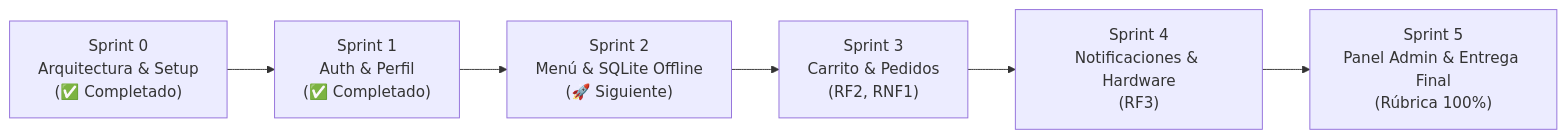
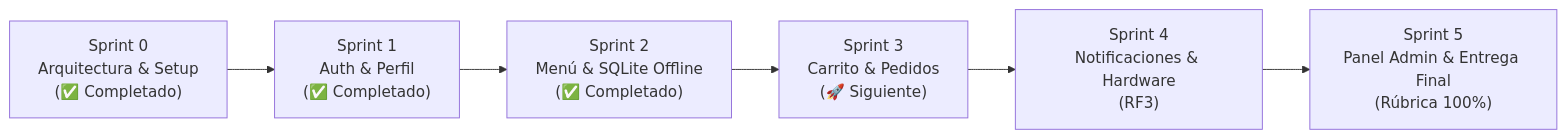
The second of 2 diagrams in PROYECTO_CAFETERIA_ESCOM.md (Apixel29/cafeteria_escom), drawn with Mermaid before and after one commit. The commit also changed other lines of this file and 16 other files, not shown here.

Commit message:
feat(menu): implementar catalogo digital offline en SQLite y Firestore (Sprint 2 - RF2)

````diff
--- a/PROYECTO_CAFETERIA_ESCOM.md
+++ b/PROYECTO_CAFETERIA_ESCOM.md
@@ -182,8 +176,8 @@
 ```mermaid
 flowchart LR
     S0["Sprint 0<br>Arquitectura & Setup<br>(✅ Completado)"] --> S1["Sprint 1<br>Auth & Perfil<br>(✅ Completado)"]
-    S1 --> S2["Sprint 2<br>Menú & SQLite Offline<br>(🚀 Siguiente)"]
-    S2 --> S3["Sprint 3<br>Carrito & Pedidos<br>(RF2, RNF1)"]
+    S1 --> S2["Sprint 2<br>Menú & SQLite Offline<br>(✅ Completado)"]
+    S2 --> S3["Sprint 3<br>Carrito & Pedidos<br>(🚀 Siguiente)"]
     S3 --> S4["Sprint 4<br>Notificaciones & Hardware<br>(RF3)"]
     S4 --> S5["Sprint 5<br>Panel Admin & Entrega Final<br>(Rúbrica 100%)"]
 ```
````
